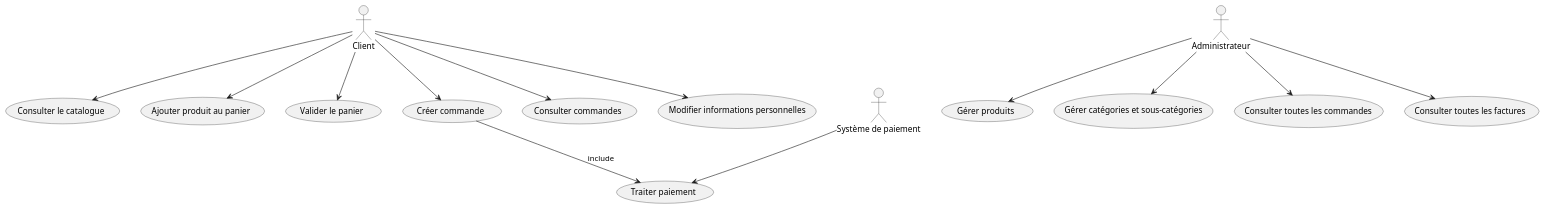
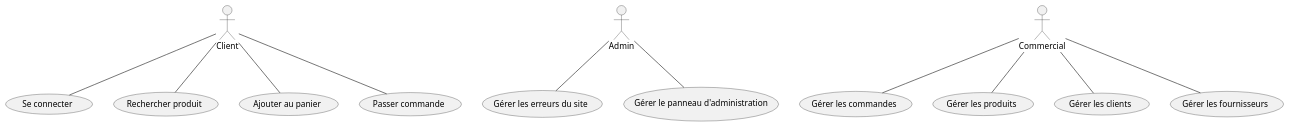
The diagram in assets/UML/CasUtilisation.puml (Jeoffrey80/GreenVillage), drawn with PlantUML before and after one commit. The commit also changed other lines of this file and 7 other files, not shown here.

```diff
--- a/assets/UML/CasUtilisation.puml
+++ b/assets/UML/CasUtilisation.puml
@@ -1,35 +1,29 @@
 @startuml
 actor Client
-actor Administrateur
-actor "Système de paiement" as SystemePaiement
+actor Admin
+actor Commercial
 
-usecase "Consulter le catalogue" as UC1
-usecase "Ajouter produit au panier" as UC2
-usecase "Valider le panier" as UC3
-usecase "Créer commande" as UC4
-usecase "Consulter commandes" as UC5
-usecase "Modifier informations personnelles" as UC6
+usecase "Se connecter" as UC1
+usecase "Rechercher produit" as UC2
+usecase "Ajouter au panier" as UC3
+usecase "Passer commande" as UC4
+usecase "Gérer les commandes" as UC5
+usecase "Gérer les produits" as UC6
+usecase "Gérer les clients" as UC7
+usecase "Gérer les fournisseurs" as UC8
+usecase "Gérer les erreurs du site" as UC9
+usecase "Gérer le panneau d'administration" as UC10
 
-usecase "Gérer produits" as UC7
-usecase "Gérer catégories et sous-catégories" as UC8
-usecase "Consulter toutes les commandes" as UC9
-usecase "Consulter toutes les factures" as UC10
+Client -- UC1
+Client -- UC2
+Client -- UC3
+Client -- UC4
 
-usecase "Traiter paiement" as UC11
+Commercial -- UC5
+Commercial -- UC6
+Commercial -- UC7
+Commercial -- UC8
 
-Client --> UC1
-Client --> UC2
-Client --> UC3
-Client --> UC4
-Client --> UC5
-Client --> UC6
-
-Administrateur --> UC7
-Administrateur --> UC8
-Administrateur --> UC9
-Administrateur --> UC10
-
-UC4 --> UC11 : include
-
-SystemePaiement --> UC11
+Admin -- UC9
+Admin -- UC10
 @enduml
```
